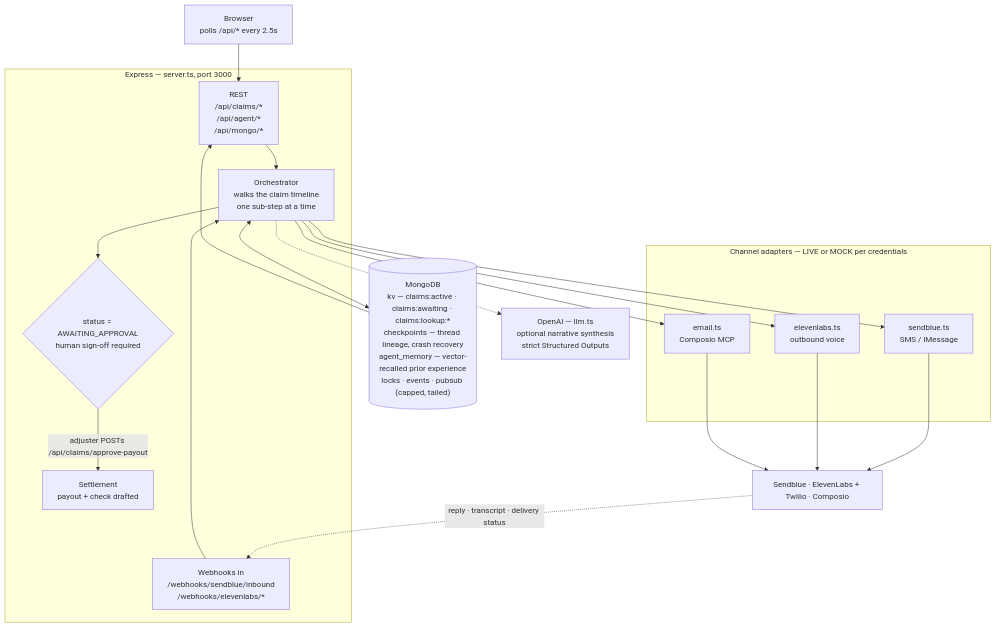
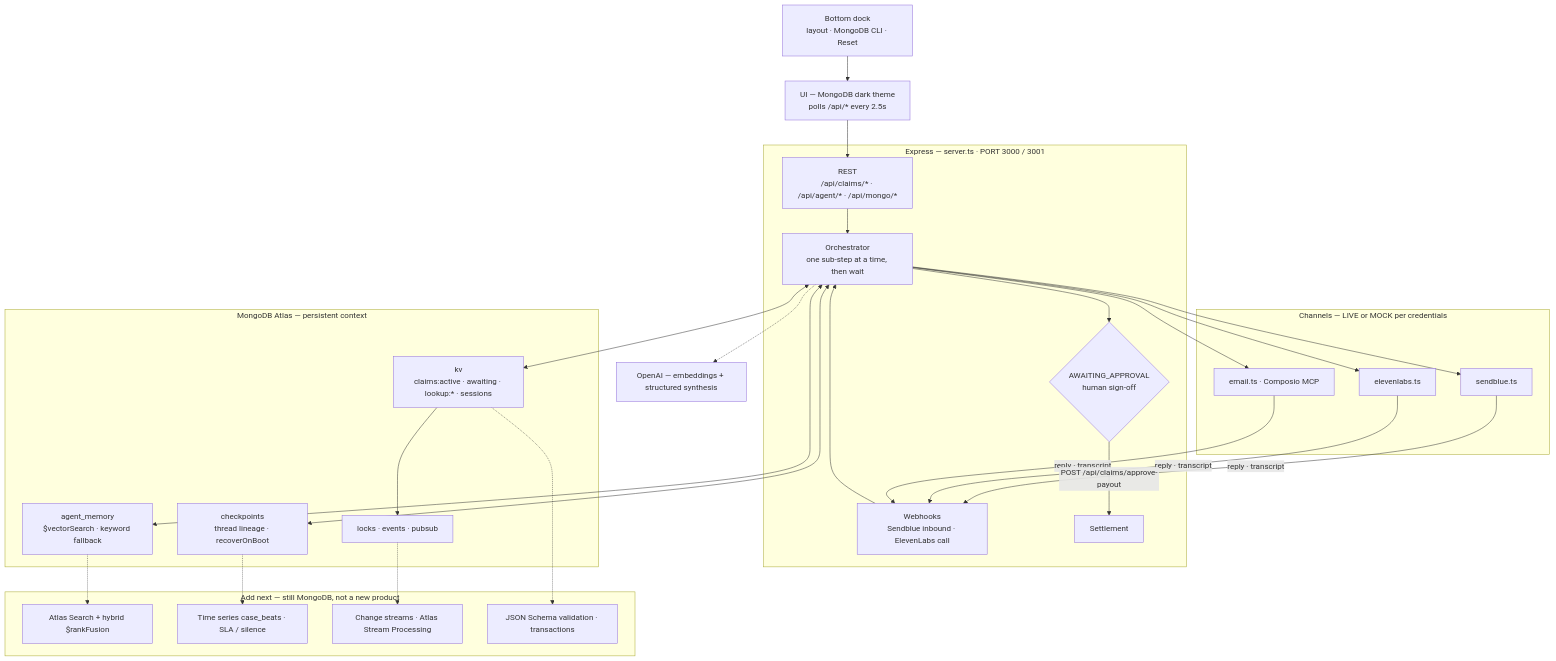
One commit to bvsbharat/LongConext changed the diagram in README.md. Above: the diagram before and after it, drawn with Mermaid. The commit also changed other lines of this file and 138 other files, not shown here.

````diff
--- a/README.md
+++ b/README.md
@@ -54,35 +57,53 @@
 ```mermaid
 flowchart TB
-    Browser["Browser<br/>polls /api/* every 2.5s"]
+    Dock["Bottom dock<br/>layout · MongoDB CLI · Reset"]
+    Browser["UI — MongoDB dark theme<br/>polls /api/* every 2.5s"]
 
-    subgraph Server["Express — server.ts, port 3000"]
-        API["REST<br/>/api/claims/*<br/>/api/agent/*<br/>/api/mongo/*"]
-        Orch["Orchestrator<br/>walks the claim timeline<br/>one sub-step at a time"]
-        Hooks["Webhooks in<br/>/webhooks/sendblue/inbound<br/>/webhooks/elevenlabs/*"]
-        Gate{"status = AWAITING_APPROVAL<br/>human sign-off required"}
-        Settle["Settlement<br/>payout + check drafted"]
+    subgraph Server["Express — server.ts · PORT 3000 / 3001"]
+        API["REST<br/>/api/claims/* · /api/agent/* · /api/mongo/*"]
+        Orch["Orchestrator<br/>one sub-step at a time, then wait"]
+        Hooks["Webhooks<br/>Sendblue inbound · ElevenLabs call"]
+        Gate{"AWAITING_APPROVAL<br/>human sign-off"}
+        Settle["Settlement"]
     end
 
-    subgraph Adapters["Channel adapters — LIVE or MOCK per credentials"]
-        SMS["sendblue.ts<br/>SMS / iMessage"]
-        Voice["elevenlabs.ts<br/>outbound voice"]
-        Mail["email.ts<br/>Composio MCP"]
+    subgraph Mongo["MongoDB Atlas — persistent context"]
+        KV["kv<br/>claims:active · awaiting · lookup:* · sessions"]
+        CP["checkpoints<br/>thread lineage · recoverOnBoot"]
+        MEM["agent_memory<br/>$vectorSearch · keyword fallback"]
+        BOOK["locks · events · pubsub"]
     end
 
-    Mongo[("MongoDB<br/>kv — claims:active · claims:awaiting · claims:lookup:*<br/>checkpoints — thread lineage, crash recovery<br/>agent_memory — vector-recalled prior experience<br/>locks · events · pubsub (capped, tailed)")]
+    subgraph Add["Add next — still MongoDB, not a new product"]
+        Search["Atlas Search + hybrid $rankFusion"]
+        Beats["Time series case_beats · SLA / silence"]
+        Streams["Change streams · Atlas Stream Processing"]
+        Guard["JSON Schema validation · transactions"]
+    end
 
-    Vendors["Sendblue · ElevenLabs + Twilio · Composio"]
-    LLM["OpenAI — llm.ts<br/>optional narrative synthesis<br/>strict Structured Outputs"]
+    subgraph Adapters["Channels — LIVE or MOCK per credentials"]
+        SMS["sendblue.ts"]
+        Voice["elevenlabs.ts"]
+        Mail["email.ts · Composio MCP"]
+    end
 
+    LLM["OpenAI — embeddings + structured synthesis"]
+
+    Dock --> Browser
     Browser --> API
     API --> Orch
-    Orch <--> Mongo
-    Mongo --> API
+    Orch <--> KV
+    Orch <--> CP
+    Orch <--> MEM
+    KV --> BOOK
+    MEM -.-> Search
+    CP -.-> Beats
+    BOOK -.-> Streams
+    KV -.-> Guard
     Orch --> SMS & Voice & Mail
-    SMS & Voice & Mail --> Vendors
-    Vendors -.->|"reply · transcript · delivery status"| Hooks
+    SMS & Voice & Mail -->|"reply · transcript"| Hooks
     Hooks --> Orch
     Orch -.-> LLM
     Orch --> Gate
-    Gate -->|"adjuster POSTs /api/claims/approve-payout"| Settle
+    Gate -->|"POST /api/claims/approve-payout"| Settle
 ```
````
